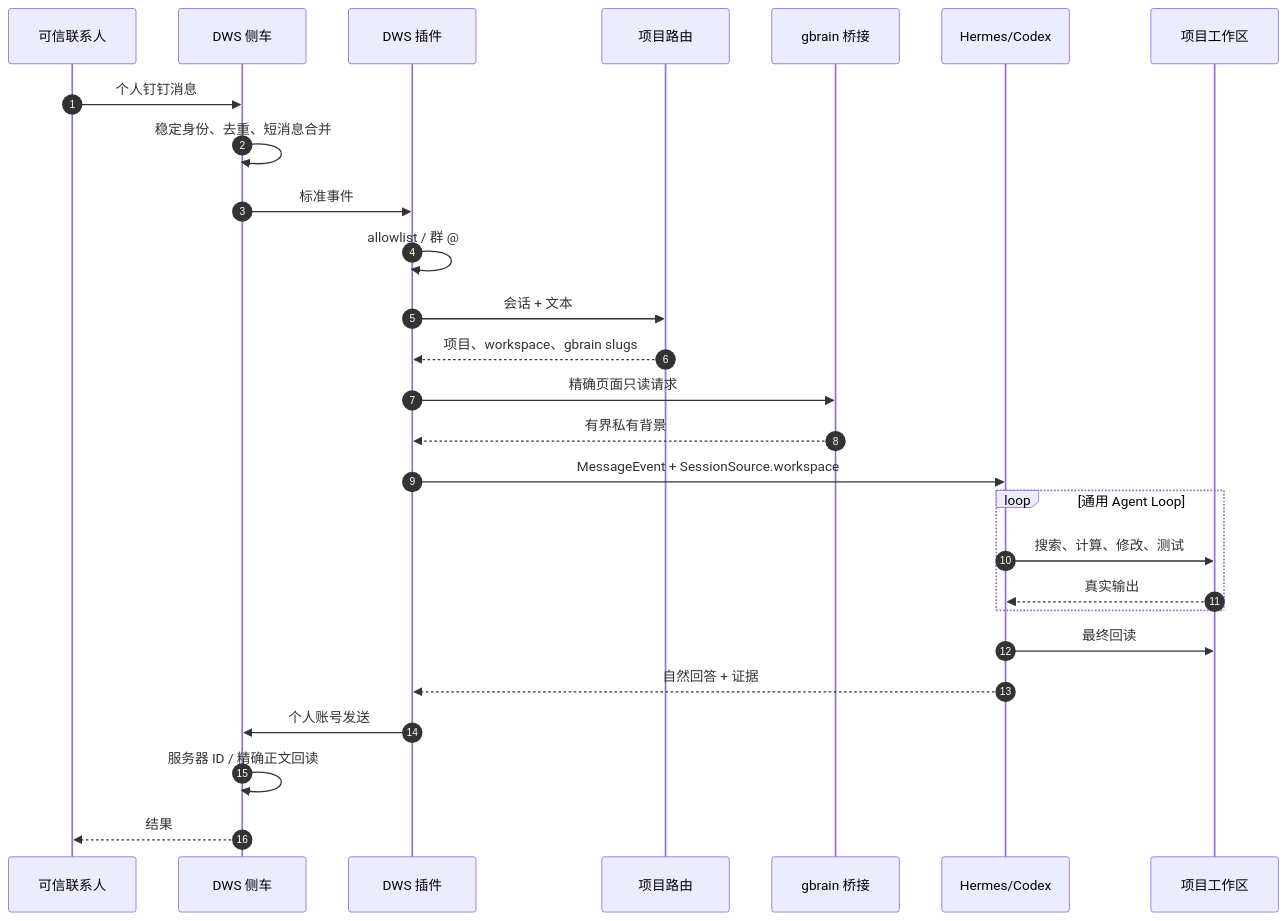
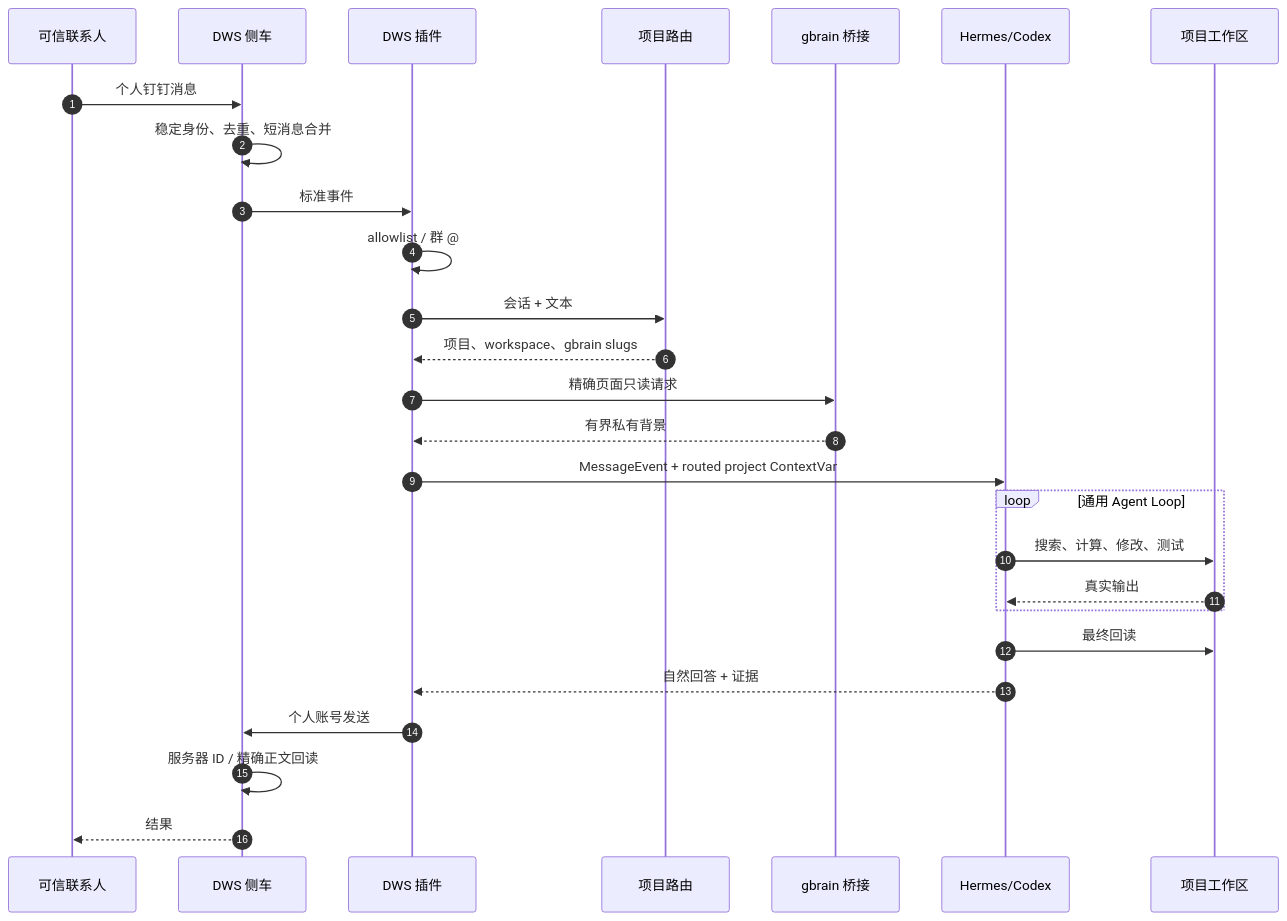
One commit to ruiwang20010702/ai-employee changed the second of 2 diagrams in docs/技术设计文档.md. Above: the diagram before and after it, drawn with Mermaid. The commit also changed other lines of this file and 110 other files, not shown here.

````diff
--- a/docs/技术设计文档.md
+++ b/docs/技术设计文档.md
@@ -68,30 +68,30 @@
 ```mermaid
 sequenceDiagram
     autonumber
     participant U as 可信联系人
     participant D as DWS 侧车
     participant P as DWS 插件
     participant R as 项目路由
     participant M as gbrain 桥接
     participant H as Hermes/Codex
     participant W as 项目工作区
 
     U->>D: 个人钉钉消息
     D->>D: 稳定身份、去重、短消息合并
     D->>P: 标准事件
     P->>P: allowlist / 群 @
     P->>R: 会话 + 文本
     R-->>P: 项目、workspace、gbrain slugs
     P->>M: 精确页面只读请求
     M-->>P: 有界私有背景
-    P->>H: MessageEvent + SessionSource.workspace
+    P->>H: MessageEvent + routed project ContextVar
     loop 通用 Agent Loop
         H->>W: 搜索、计算、修改、测试
         W-->>H: 真实输出
     end
     H->>W: 最终回读
     H-->>P: 自然回答 + 证据
     P->>D: 个人账号发送
     D->>D: 服务器 ID / 精确正文回读
     D-->>U: 结果
 ```
````
